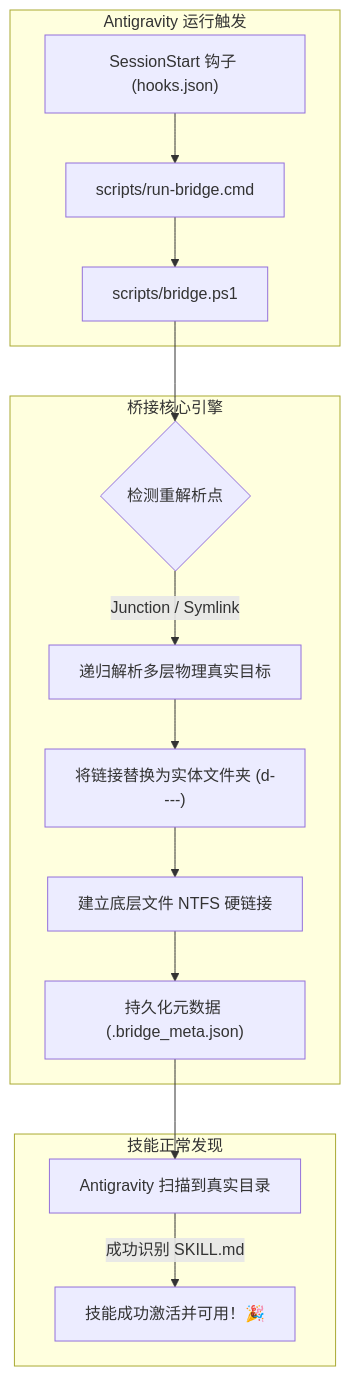
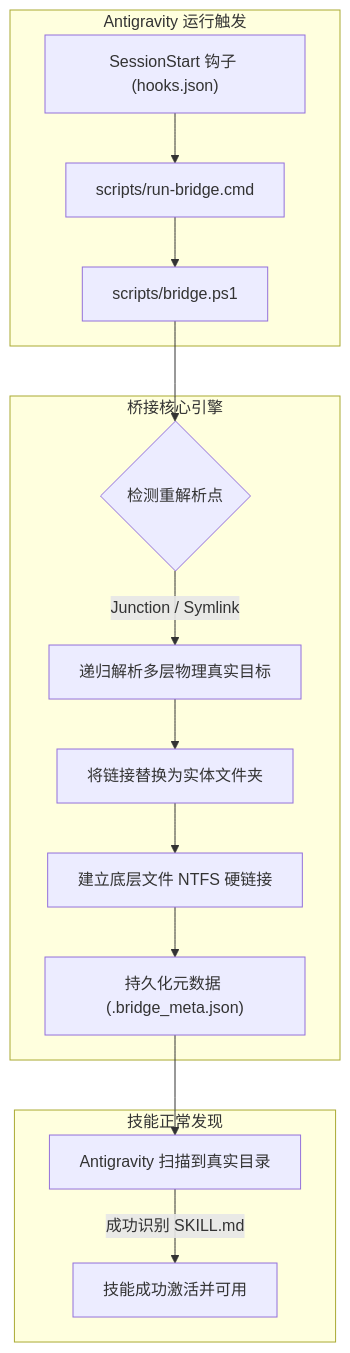
The diagram in README.zh-CN.md (wllzhang/antigravity-junction-skill-fix), drawn with Mermaid before and after one commit. The commit also changed 1 other file, not shown here.

Commit message:
fix(docs): move cross-subgraph Mermaid edges outside subgraphs and use explicit IDs for GitHub rendering

````diff
--- a/README.zh-CN.md
+++ b/README.zh-CN.md
@@ -31,20 +31,21 @@
 ```mermaid
 flowchart TD
-    subgraph Antigravity 运行触发
+    subgraph engine ["Antigravity 运行触发"]
         A["SessionStart 钩子 (hooks.json)"] --> B["scripts/run-bridge.cmd"]
         B --> C["scripts/bridge.ps1"]
     end
 
-    subgraph 桥接核心引擎
-        C --> D{"检测重解析点"}
-        D -->|"Junction / Symlink"| E["递归解析多层物理真实目标"]
-        E --> F["将链接替换为实体文件夹 (d----)"]
+    subgraph bridge ["桥接核心引擎"]
+        D{"检测重解析点"} -->|"Junction / Symlink"| E["递归解析多层物理真实目标"]
+        E --> F["将链接替换为实体文件夹"]
         F --> G["建立底层文件 NTFS 硬链接"]
         G --> H["持久化元数据 (.bridge_meta.json)"]
     end
 
-    subgraph 技能正常发现
-        H --> I["Antigravity 扫描到真实目录"]
-        I -->|"成功识别 SKILL.md"| J["技能成功激活并可用！🎉"]
+    subgraph discovery ["技能正常发现"]
+        I["Antigravity 扫描到真实目录"] -->|"成功识别 SKILL.md"| J["技能成功激活并可用"]
     end
+
+    C --> D
+    H --> I
 ```
````
